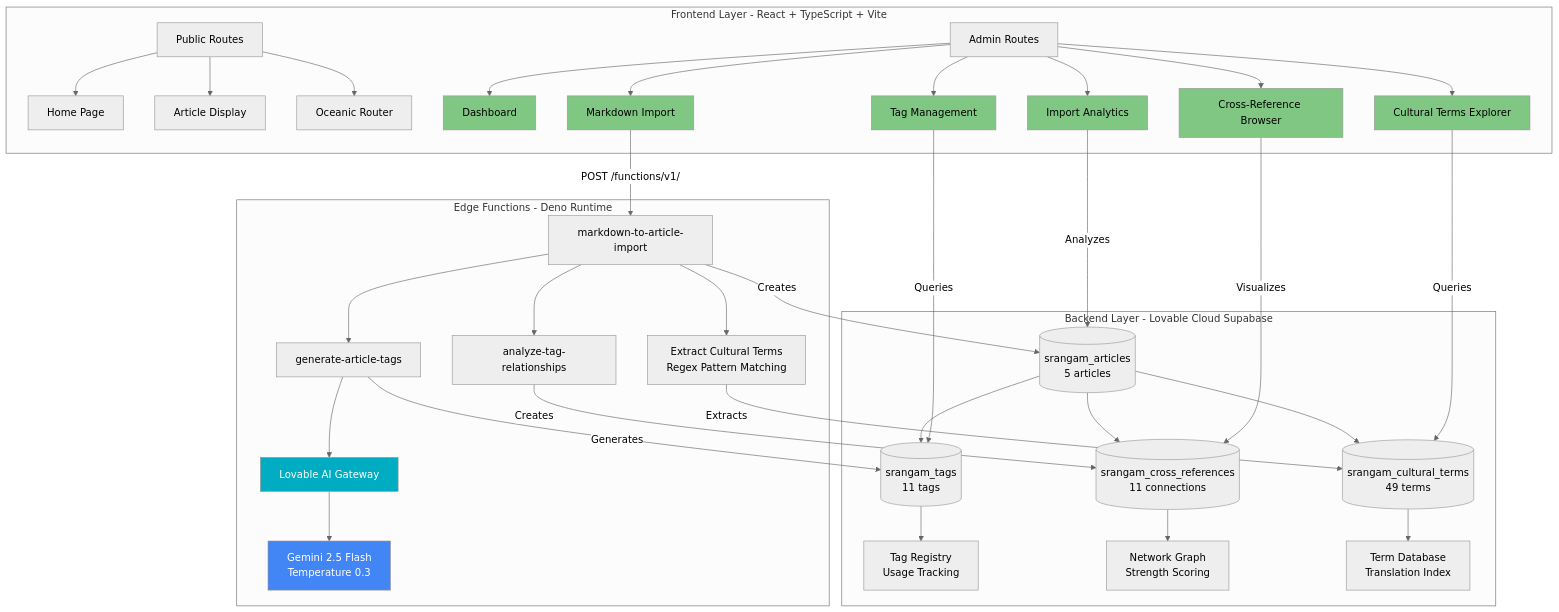
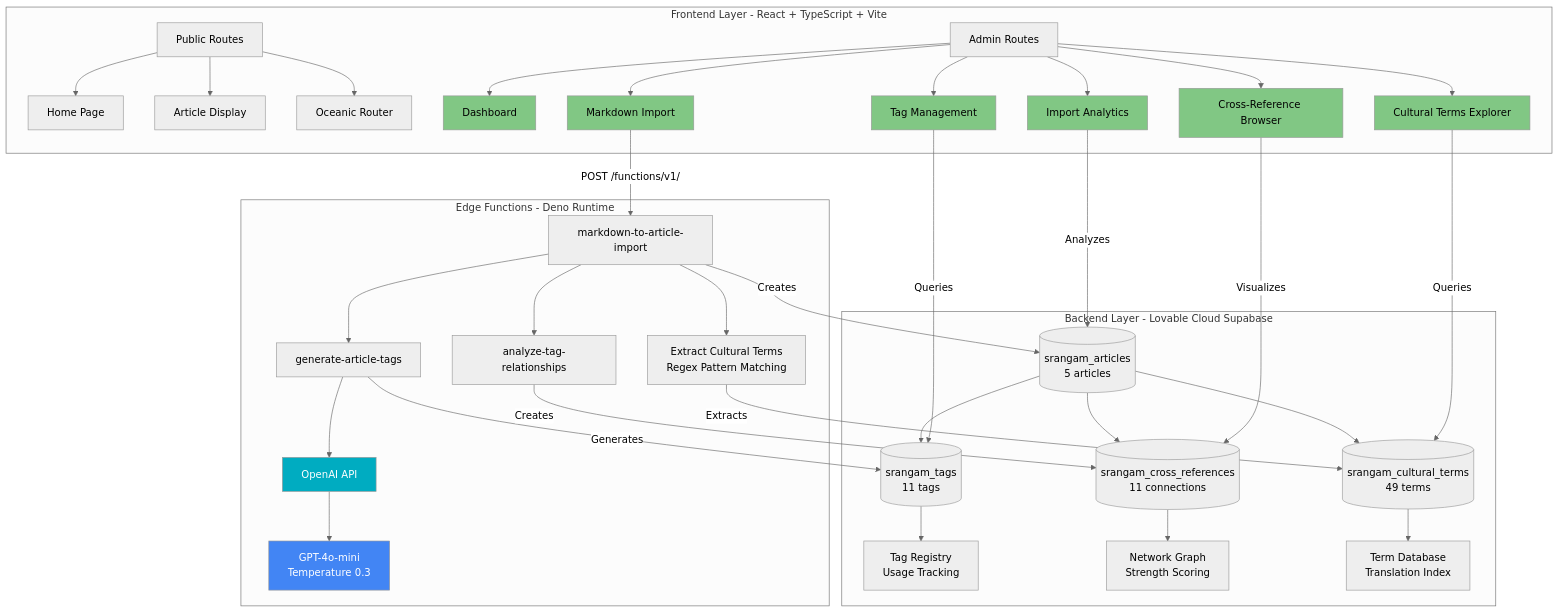
The first of 9 diagrams in docs/SYSTEM_FLOWCHARTS.md (dhruvrakesh/srangam-42267), drawn with Mermaid (neutral theme) before and after one commit. The commit also changed other lines of this file and 9 other files, not shown here.

````diff
--- a/docs/SYSTEM_FLOWCHARTS.md
+++ b/docs/SYSTEM_FLOWCHARTS.md
@@ -21,54 +21,54 @@
 ```mermaid
 graph TB
     subgraph "Frontend Layer - React + TypeScript + Vite"
         A[Public Routes] --> B[Home Page]
         A --> C[Article Display]
         A --> D[Oceanic Router]
         
         E[Admin Routes] --> F[Dashboard]
         E --> G[Markdown Import]
         E --> H[Tag Management]
         E --> I[Cultural Terms Explorer]
         E --> J[Import Analytics]
         E --> K[Cross-Reference Browser]
     end
     
     subgraph "Backend Layer - Lovable Cloud Supabase"
         L[(srangam_articles<br/>5 articles)] --> M[(srangam_tags<br/>11 tags)]
         L --> N[(srangam_cross_references<br/>11 connections)]
         L --> O[(srangam_cultural_terms<br/>49 terms)]
         
         M --> P[Tag Registry<br/>Usage Tracking]
         N --> Q[Network Graph<br/>Strength Scoring]
         O --> R[Term Database<br/>Translation Index]
     end
     
     subgraph "Edge Functions - Deno Runtime"
         S[markdown-to-article-import] --> T[generate-article-tags]
-        T --> U[Lovable AI Gateway]
-        U --> V[Gemini 2.5 Flash<br/>Temperature 0.3]
+        T --> U[OpenAI API]
+        U --> V[GPT-4o-mini<br/>Temperature 0.3]
         
         S --> W[analyze-tag-relationships]
         S --> X[Extract Cultural Terms<br/>Regex Pattern Matching]
     end
     
     G -->|POST /functions/v1/| S
     S -->|Creates| L
     T -->|Generates| M
     W -->|Creates| N
     X -->|Extracts| O
     
     H -->|Queries| M
     I -->|Queries| O
     J -->|Analyzes| L
     K -->|Visualizes| N
     
     style F fill:#81c784
     style G fill:#81c784
     style H fill:#81c784
     style I fill:#81c784
     style J fill:#81c784
     style K fill:#81c784
     style U fill:#00acc1,color:#fff
     style V fill:#4285f4,color:#fff
 ```
````
